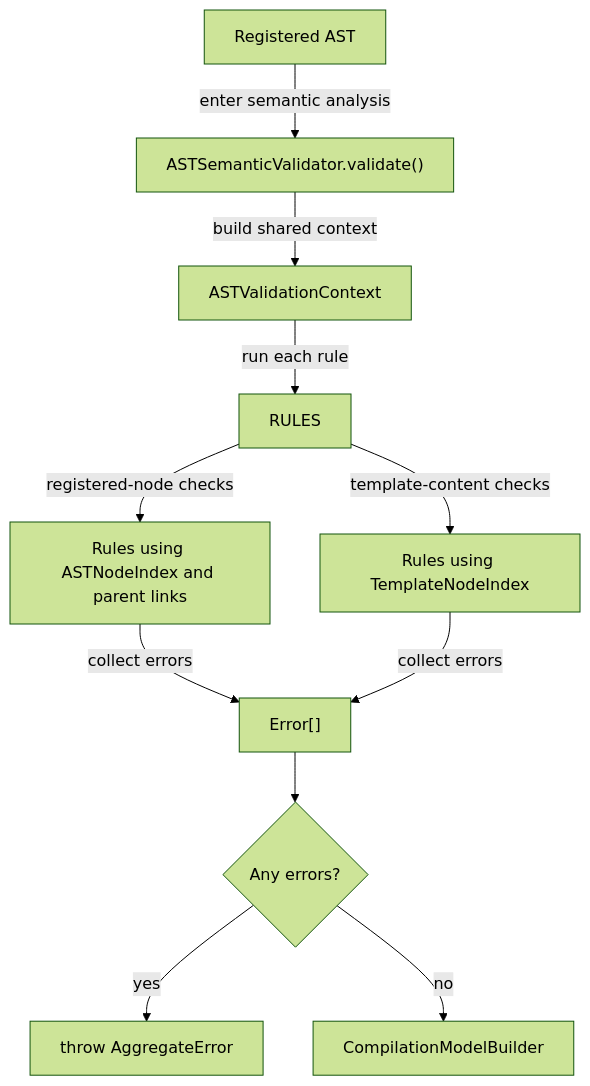
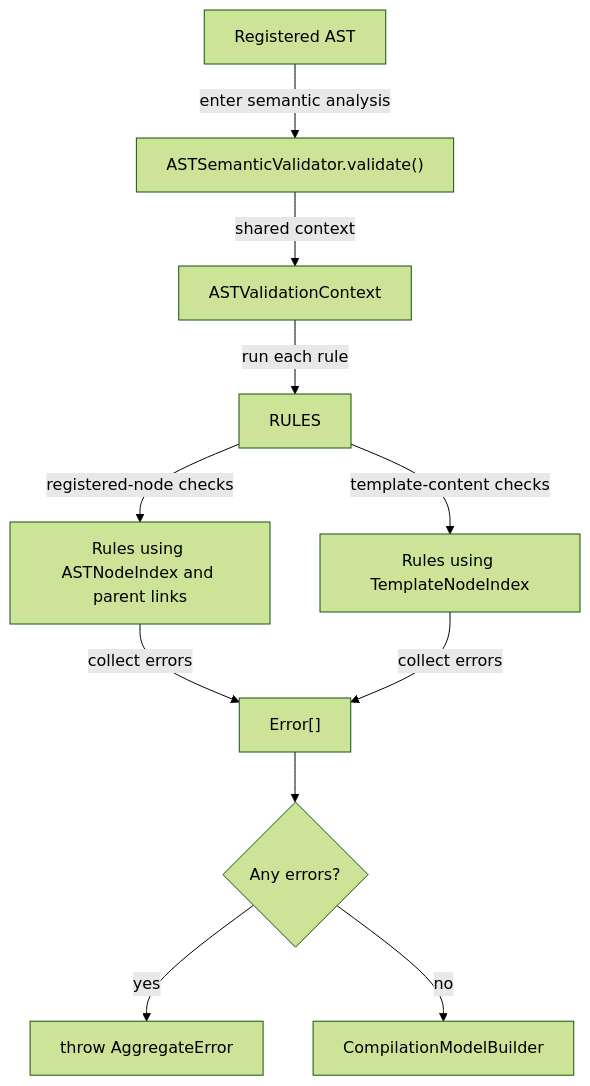
One commit to ministryofjustice/hmpps-forge changed the diagram in packages/forge-core/src/engine/concerns/semantic-analysis/README.md. Above: the diagram before and after it, drawn with Mermaid (forest theme). The commit also changed other lines of this file and 24 other files, not shown here.

````diff
--- a/packages/forge-core/src/engine/concerns/semantic-analysis/README.md
+++ b/packages/forge-core/src/engine/concerns/semantic-analysis/README.md
@@ -124,13 +124,13 @@
 ```mermaid
 flowchart TD
   rootAst["Registered AST"] -->|enter semantic analysis| semanticValidator["ASTSemanticValidator.validate()"]
-  semanticValidator -->|build shared context| validationContext["ASTValidationContext"]
+  semanticValidator -->|shared context| validationContext["ASTValidationContext"]
   validationContext -->|run each rule| rules["RULES"]
   rules -->|registered-node checks| registeredRules["Rules using ASTNodeIndex and parent links"]
   rules -->|template-content checks| templateRules["Rules using TemplateNodeIndex"]
   registeredRules -->|collect errors| errors["Error[]"]
   templateRules -->|collect errors| errors
   errors --> hasErrors{"Any errors?"}
   hasErrors -->|yes| aggregateError["throw AggregateError"]
   hasErrors -->|no| analysisStage["CompilationModelBuilder"]
 ```
````
